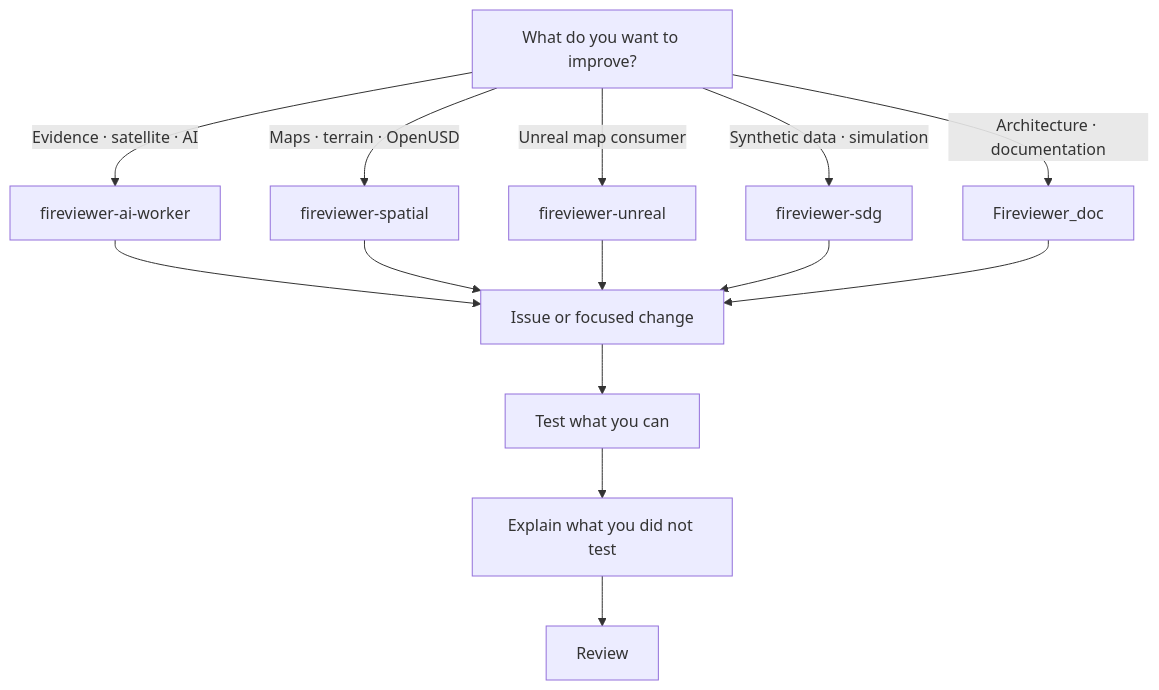
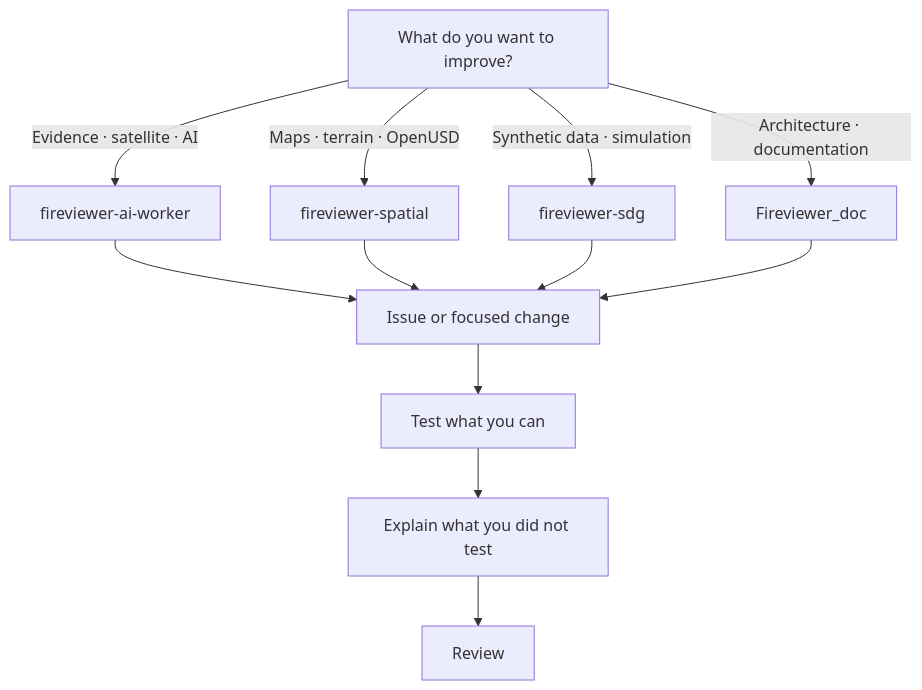
One commit to fireviewer/.github changed the diagram in CONTRIBUTING.md. Above: the diagram before and after it, drawn with Mermaid. The commit also changed other lines of this file and 1 other file, not shown here.

Commit message:
docs: mark Unreal repository publication as pending

````diff
--- a/CONTRIBUTING.md
+++ b/CONTRIBUTING.md
@@ -22,20 +22,18 @@
 ```mermaid
 flowchart TD
     Q["What do you want to improve?"]
 
     Q -->|Evidence · satellite · AI| AI["fireviewer-ai-worker"]
     Q -->|Maps · terrain · OpenUSD| SP["fireviewer-spatial"]
-    Q -->|Unreal map consumer| UE["fireviewer-unreal"]
     Q -->|Synthetic data · simulation| SDG["fireviewer-sdg"]
     Q -->|Architecture · documentation| DOC["Fireviewer_doc"]
 
     AI --> CHANGE["Issue or focused change"]
     SP --> CHANGE
-    UE --> CHANGE
     SDG --> CHANGE
     DOC --> CHANGE
 
     CHANGE --> TEST["Test what you can"]
     TEST --> LIMIT["Explain what you did not test"]
     LIMIT --> REVIEW["Review"]
 ```
````
